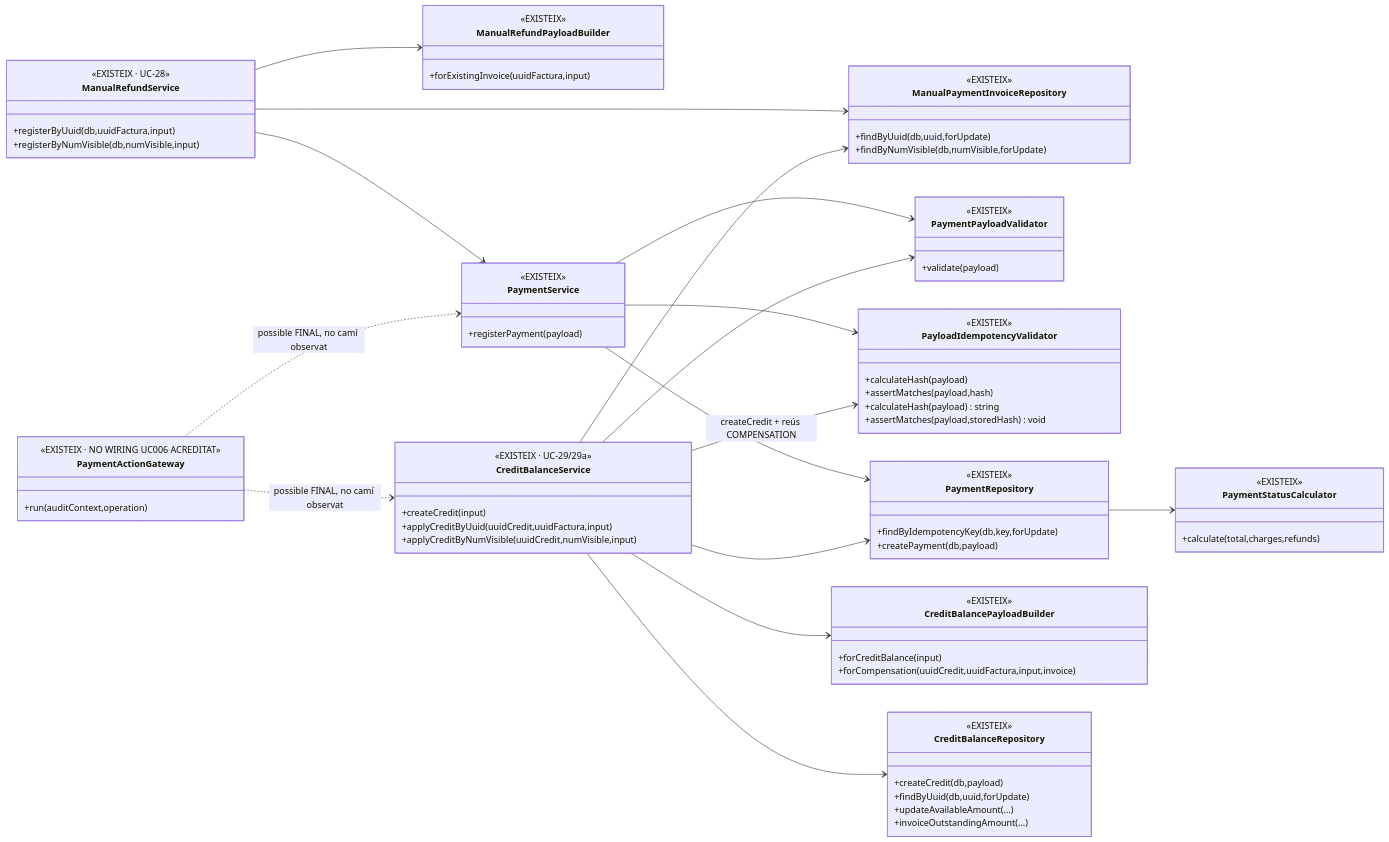
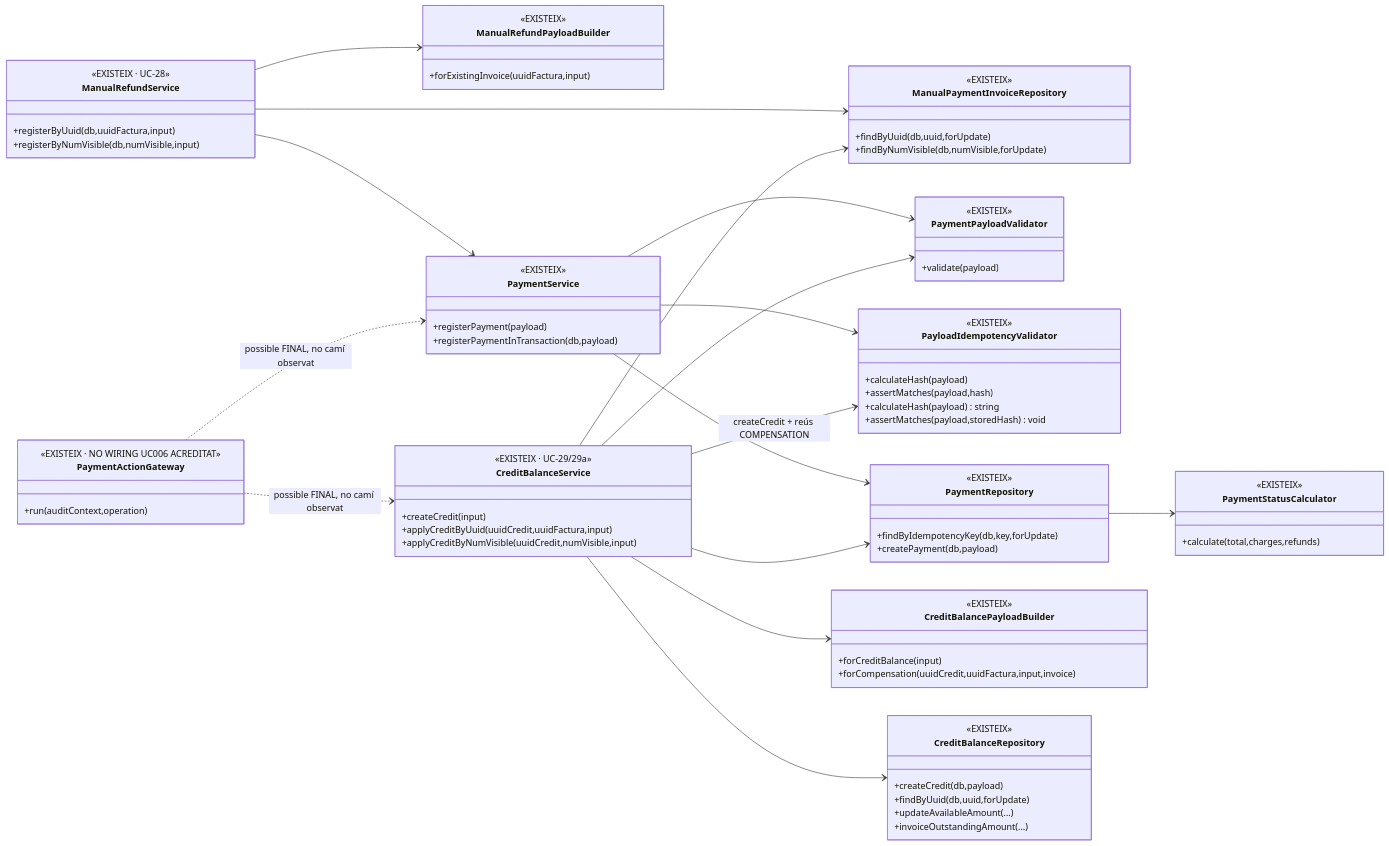
One commit to orgmeriemprismacat-del/verifactu changed the third of 6 diagrams in documentacio/07-uml-integrat/uc-006-classes-actual-final.md. Above: the diagram before and after it, drawn with Mermaid. The commit also changed other lines of this file, not shown here.

```diff
--- a/documentacio/07-uml-integrat/uc-006-classes-actual-final.md
+++ b/documentacio/07-uml-integrat/uc-006-classes-actual-final.md
@@ -180,6 +180,7 @@
 class PaymentService {
   <<EXISTEIX>>
   +registerPayment(payload)
+  +registerPaymentInTransaction(db,payload)
 }
 class PaymentPayloadValidator {
   <<EXISTEIX>>
```
